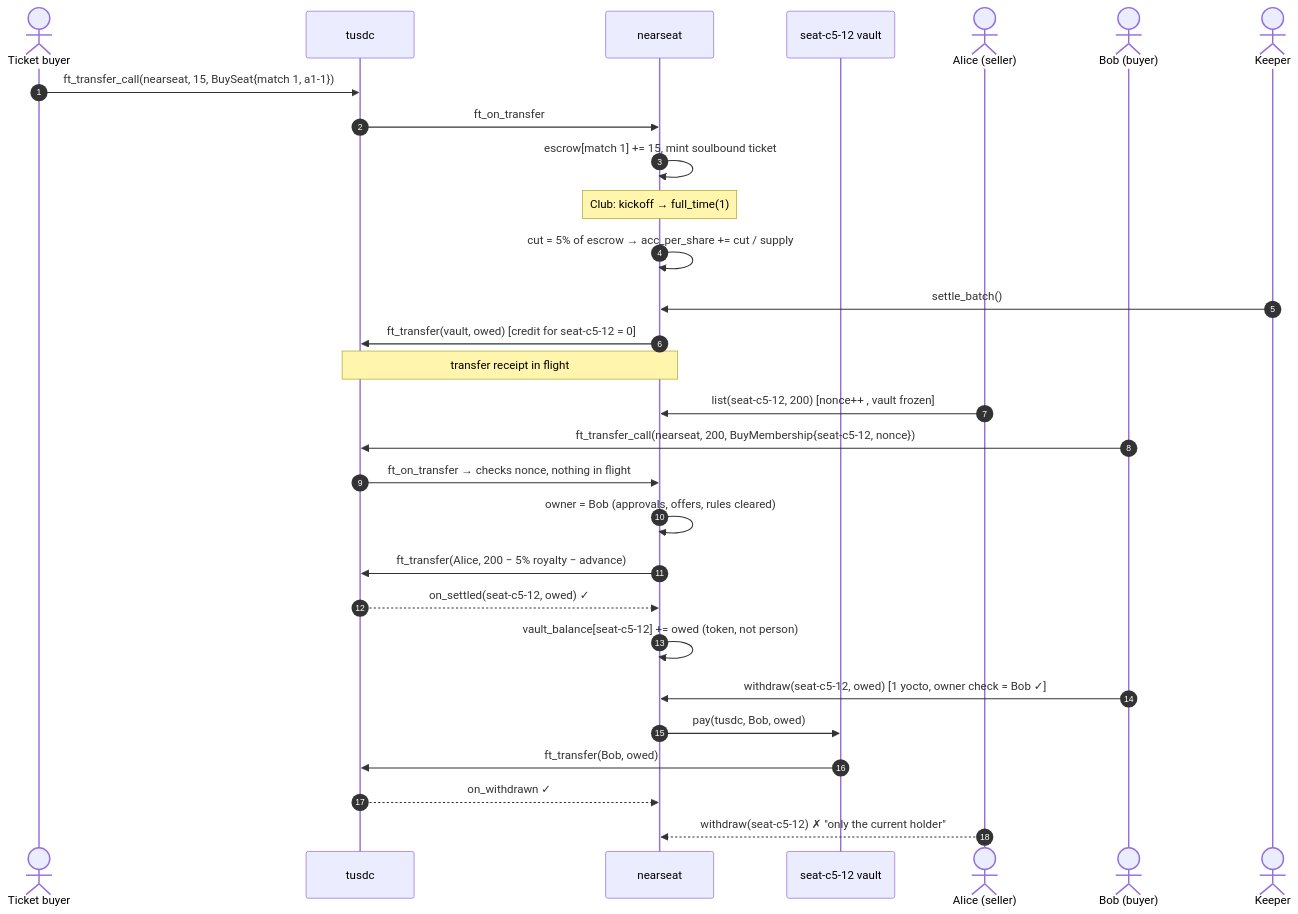
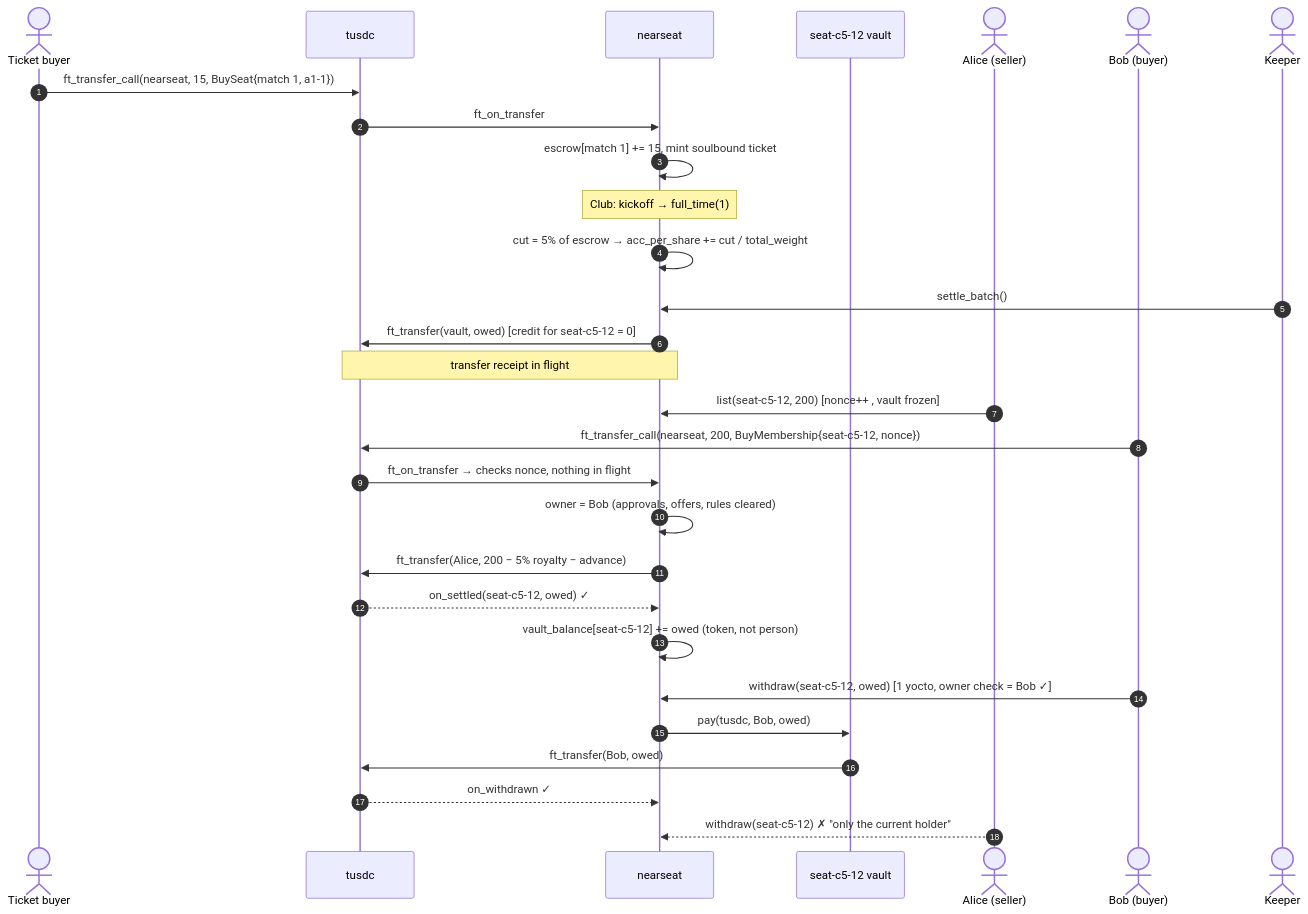
One commit to Mestarkris/nearseat changed the first of 2 diagrams in docs/ARCHITECTURE.md. Above: the diagram before and after it, drawn with Mermaid. The commit also changed 34 other files, not shown here.

````diff
--- a/docs/ARCHITECTURE.md
+++ b/docs/ARCHITECTURE.md
@@ -45,32 +45,32 @@
 ```mermaid
 sequenceDiagram
     autonumber
     actor Fan as Ticket buyer
     participant T as tusdc
     participant N as nearseat
     participant V as seat-c5-12 vault
     actor A as Alice (seller)
     actor B as Bob (buyer)
     actor K as Keeper
 
     Fan->>T: ft_transfer_call(nearseat, 15, BuySeat{match 1, a1-1})
     T->>N: ft_on_transfer
     N->>N: escrow[match 1] += 15, mint soulbound ticket
     Note over N: Club: kickoff → full_time(1)
-    N->>N: cut = 5% of escrow → acc_per_share += cut / supply
+    N->>N: cut = 5% of escrow → acc_per_share += cut / total_weight
     K->>N: settle_batch()
     N->>T: ft_transfer(vault, owed)  [credit for seat-c5-12 = 0]
     Note over T,N: transfer receipt in flight
     A->>N: list(seat-c5-12, 200)  [nonce++ , vault frozen]
     B->>T: ft_transfer_call(nearseat, 200, BuyMembership{seat-c5-12, nonce})
     T->>N: ft_on_transfer → checks nonce, nothing in flight
     N->>N: owner = Bob (approvals, offers, rules cleared)
     N->>T: ft_transfer(Alice, 200 − 5% royalty − advance)
     T-->>N: on_settled(seat-c5-12, owed) ✓
     N->>N: vault_balance[seat-c5-12] += owed (token, not person)
     B->>N: withdraw(seat-c5-12, owed) [1 yocto, owner check = Bob ✓]
     N->>V: pay(tusdc, Bob, owed)
     V->>T: ft_transfer(Bob, owed)
     T-->>N: on_withdrawn ✓
     A-->>N: withdraw(seat-c5-12) ✗ "only the current holder"
 ```
````
